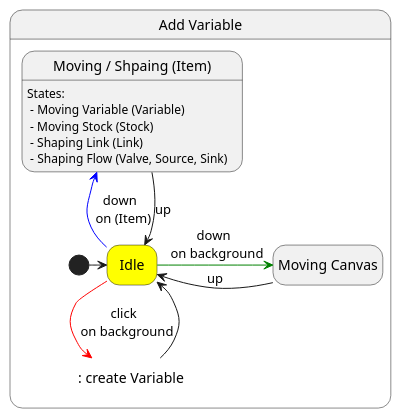
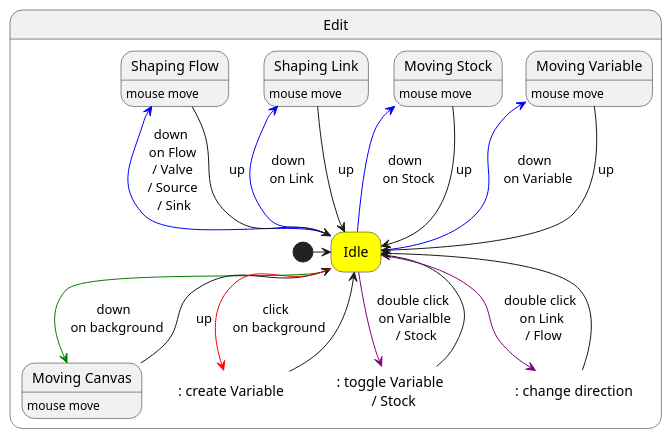
The third of 4 diagrams in docusaurus/docs/interaction.md (cidhuang/system-dynamics-tool), drawn with PlantUML before and after one commit. The commit also changed other lines of this file, not shown here.

Commit message:
docs: interaction page, simplify Mode

````diff
--- a/docusaurus/docs/interaction.md
+++ b/docusaurus/docs/interaction.md
@@ -134,23 +67,46 @@
 ```plantuml
-@startuml Add Variable
+@startuml Edit
 hide empty description
 
-state "Add Variable" as modeAddVariable {
+state "Edit" as modeEdit {
   state "Idle" as idle #yellow
-  state "Moving Canvas" as moveCanvas
-  state "Moving / Shpaing (Item)" as moveItem : States: \n - Moving Variable (Variable) \n - Moving Stock (Stock) \n - Shaping Link (Link) \n - Shaping Flow (Valve, Source, Sink)
+  state "Moving Canvas" as moveCanvas : mouse move
+  state "Moving Variable" as moveVariable : mouse move
+  state "Moving Stock" as moveStock : mouse move
   state ": create Variable" as addVariable #white ##white
+  state ": toggle Variable \n / Stock" as toggleVariableStock #white ##white
 
   [*] -> idle
-  idle -[#green]> moveCanvas : down \n on background
-  moveCanvas -> idle : up
+  idle -[#green]-> moveCanvas : down \n on background
+  moveCanvas --> idle : up
 
-  idle -up[#blue]-> moveItem : down \n on (Item)
-  moveItem --> idle : up
+  idle -up[#blue]-> moveVariable : down \n on Variable
+  moveVariable --> idle : up
 
-  idle -down[#red]-> addVariable : click \n on background
+  idle -up[#blue]-> moveStock : down \n on Stock
+  moveStock --> idle : up
+
+  idle -[#red]-> addVariable : click \n on background
   addVariable -up-> idle
+
+  idle -[#purple]-> toggleVariableStock : double click \n on Varialble \n / Stock
+  toggleVariableStock -up-> idle
+
+  state "Shaping Link" as shapeLink : mouse move
+  state "Shaping Flow" as shapeFlow : mouse move
+
+  idle -up[#blue]-> shapeLink : down \n on Link
+  shapeLink --> idle : up
+
+  idle -up[#blue]-> shapeFlow : down \n on Flow \n / Valve \n / Source \n / Sink
+  shapeFlow --> idle : up
+
+  state ": change direction" as changeDirection #white ##white
+
+  idle -[#purple]-> changeDirection : double click \n on Link \n / Flow
+  changeDirection -up-> idle
+
 }
 
 @enduml
 ```
````
